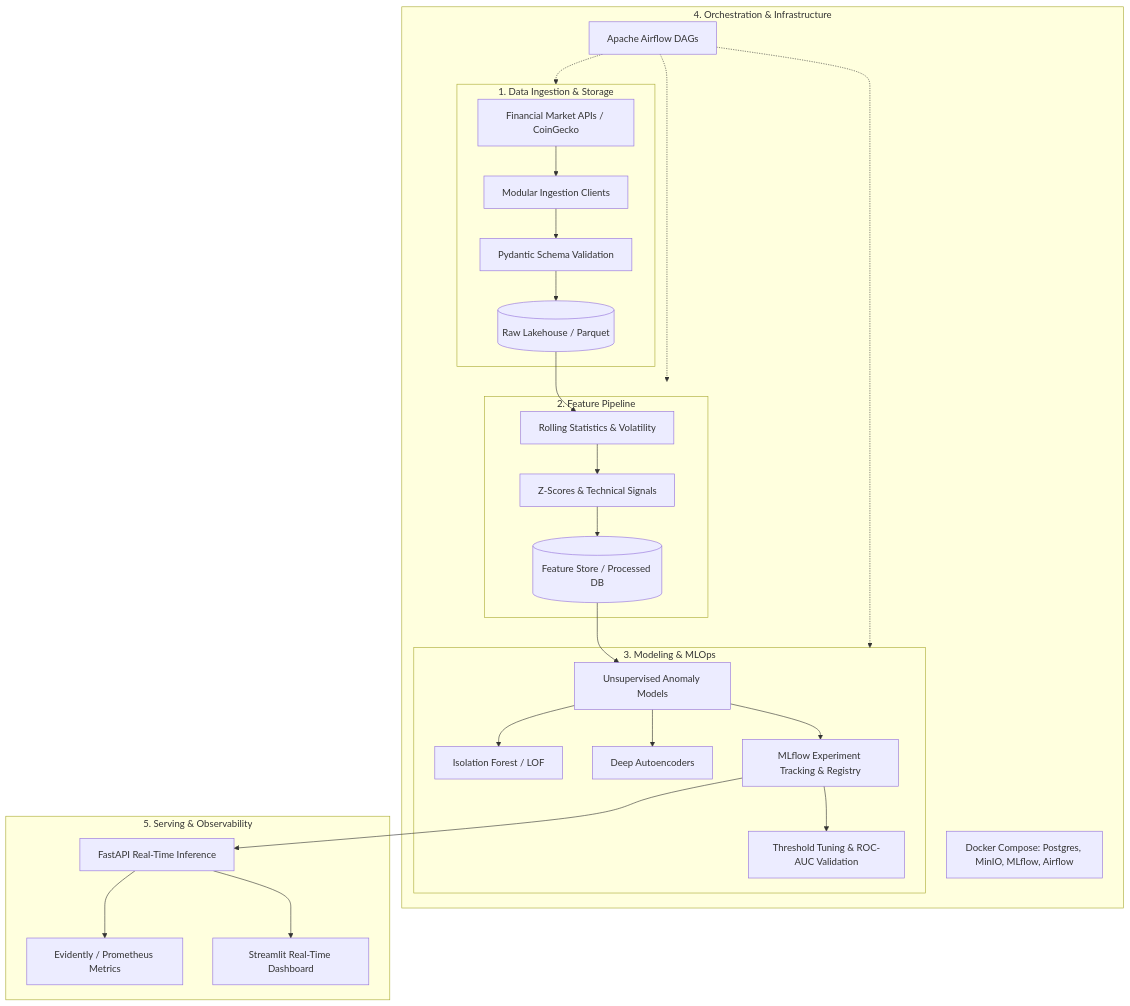
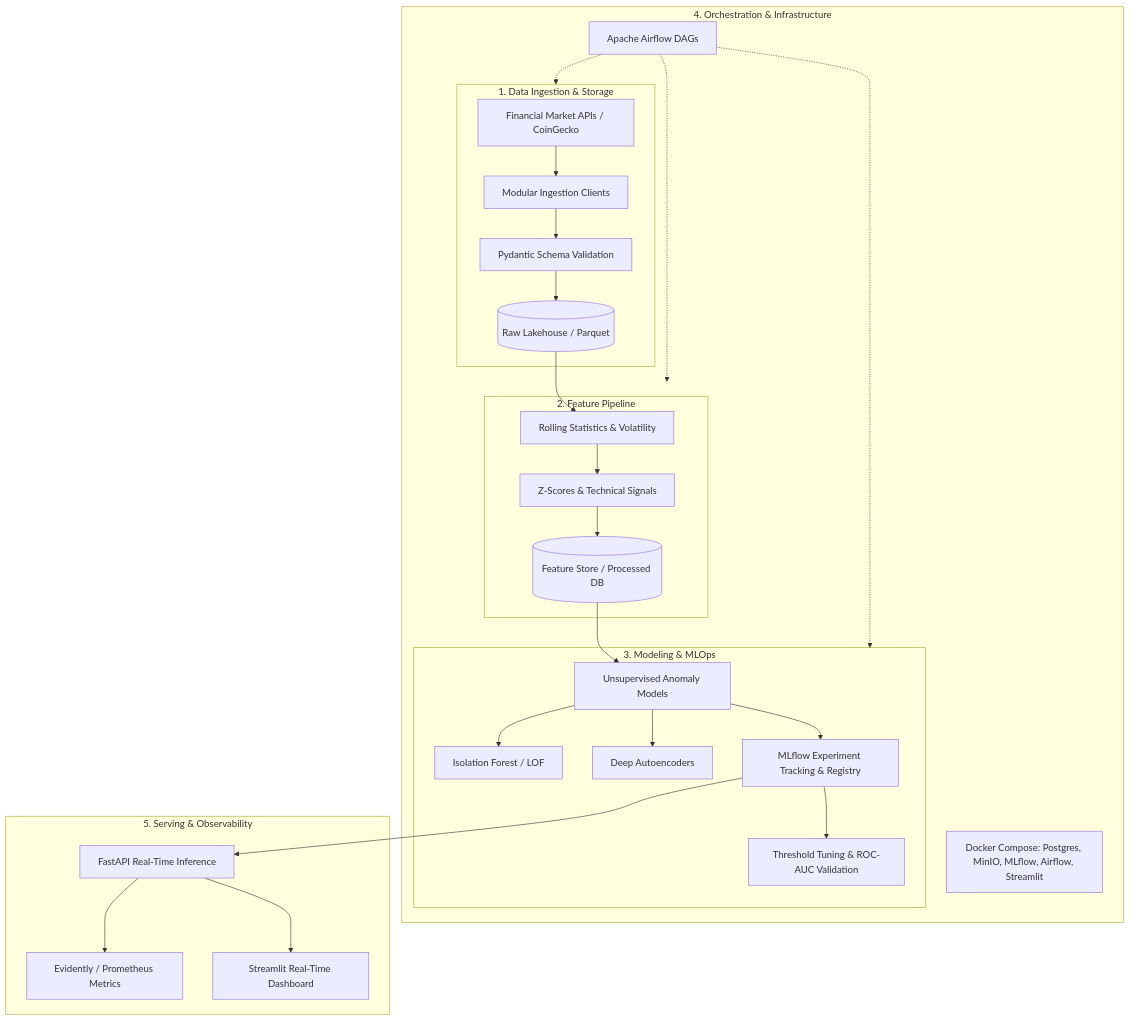
Before and after one commit to ale-camer/asset-anomaly-detection: the diagram in README.md, drawn with Mermaid. The commit also changed other lines of this file and 3 other files, not shown here.

````diff
--- a/README.md
+++ b/README.md
@@ -14,35 +16,35 @@
 ```mermaid
 flowchart TD
     subgraph Ingestion ["1. Data Ingestion & Storage"]
         API[Financial Market APIs / CoinGecko] --> Extractor[Modular Ingestion Clients]
         Extractor --> Validator[Pydantic Schema Validation]
         Validator --> RawLake[(Raw Lakehouse / Parquet)]
     end
 
     subgraph FeatureEngineering ["2. Feature Pipeline"]
         RawLake --> RollingTransformers[Rolling Statistics & Volatility]
         RollingTransformers --> ZScoreEngine[Z-Scores & Technical Signals]
         ZScoreEngine --> FeatureStore[(Feature Store / Processed DB)]
     end
 
     subgraph ModelingMLOps ["3. Modeling & MLOps"]
         FeatureStore --> TrainingEngine[Unsupervised Anomaly Models]
         TrainingEngine --> IsolationForest[Isolation Forest / LOF]
         TrainingEngine --> Autoencoder[Deep Autoencoders]
         TrainingEngine --> MLflowTracker[MLflow Experiment Tracking & Registry]
         MLflowTracker --> Evaluator[Threshold Tuning & ROC-AUC Validation]
     end
 
     subgraph Orchestration ["4. Orchestration & Infrastructure"]
         Airflow[Apache Airflow DAGs] -.-> Ingestion
         Airflow -.-> FeatureEngineering
         Airflow -.-> ModelingMLOps
-        DockerCompose[Docker Compose: Postgres, MinIO, MLflow, Airflow]
+        DockerCompose[Docker Compose: Postgres, MinIO, MLflow, Airflow, Streamlit]
     end
 
     subgraph ServingMonitoring ["5. Serving & Observability"]
         MLflowTracker --> FastAPIService[FastAPI Real-Time Inference]
         FastAPIService --> DriftDetector[Evidently / Prometheus Metrics]
         FastAPIService --> StreamlitUI[Streamlit Real-Time Dashboard]
     end
 ```
````
